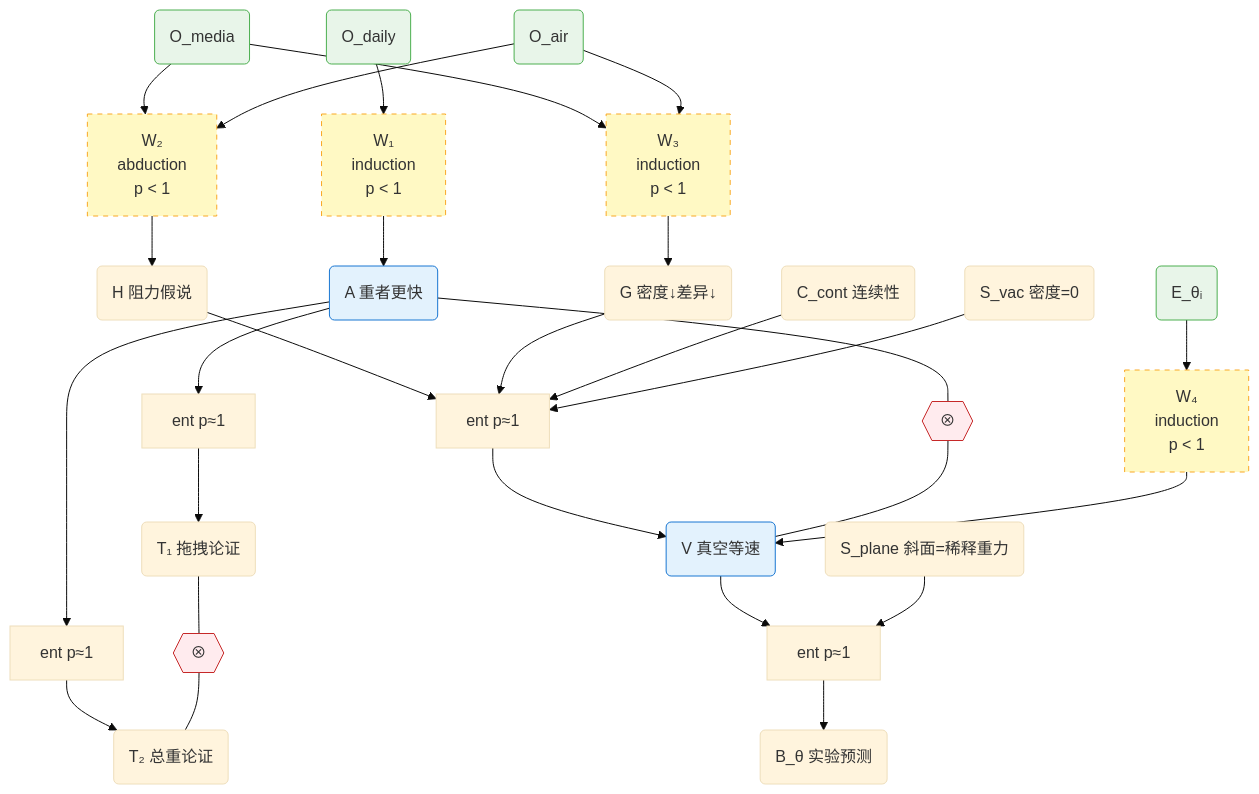
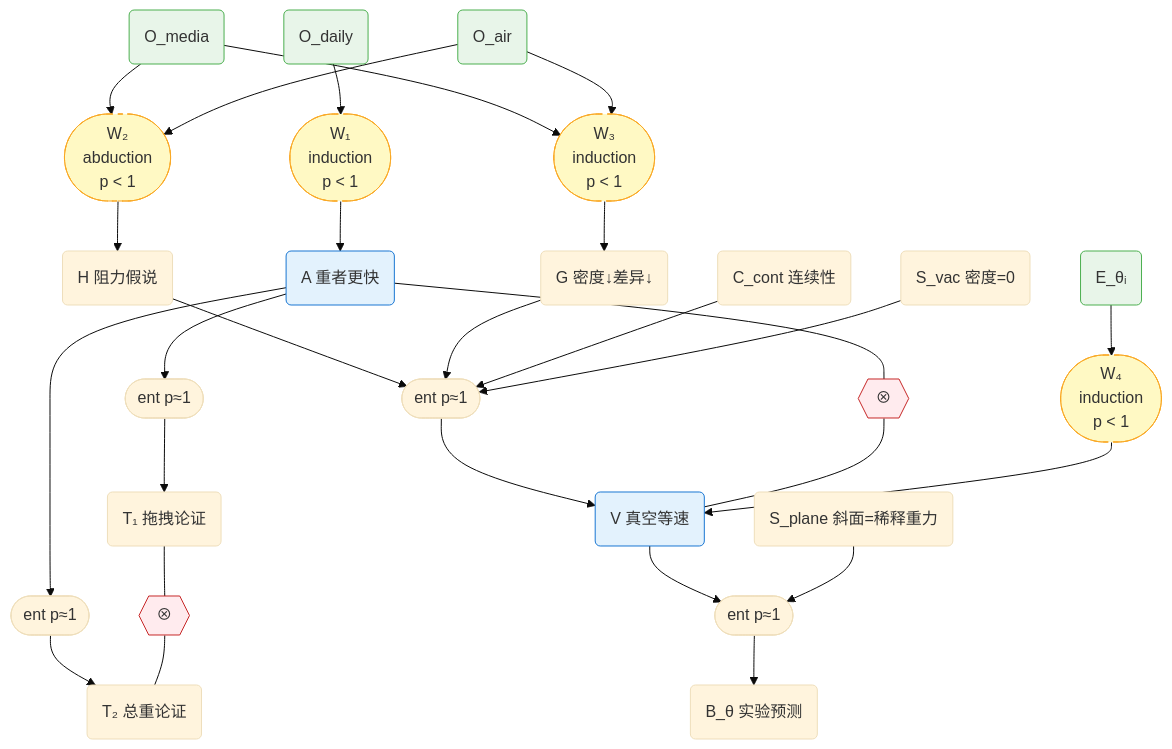
The fourth of 10 diagrams in docs/foundations/theory/science-formalization.md (SiliconEinstein/Gaia), drawn with Mermaid (base theme) before and after one commit. The commit also changed other lines of this file, not shown here.

First line of the commit message:
docs: unify Mermaid shape conventions — stadium factors, hexagon bindings

````diff
--- a/docs/foundations/theory/science-formalization.md
+++ b/docs/foundations/theory/science-formalization.md
@@ -243,36 +243,36 @@
 ```mermaid
 graph TD
     %% Path 1: Media → Vacuum
-    H("H 阻力假说") --> f1["ent p≈1"]
+    H("H 阻力假说") --> f1(["ent p≈1"])
     G("G 密度↓差异↓") --> f1
     Ccont("C_cont 连续性") --> f1
     Svac("S_vac 密度=0") --> f1
     f1 --> V("V 真空等速")
 
     %% Path 2: Inclined plane
-    V --> f2["ent p≈1"]
+    V --> f2(["ent p≈1"])
     Splane("S_plane 斜面=稀释重力") --> f2
     f2 --> Btheta("B_θ 实验预测")
 
     %% Logic path: Refute A
-    A("A 重者更快") --> fA1["ent p≈1"] --> T1("T₁ 拖拽论证")
-    A --> fA2["ent p≈1"] --> T2("T₂ 总重论证")
+    A("A 重者更快") --> fA1(["ent p≈1"]) --> T1("T₁ 拖拽论证")
+    A --> fA2(["ent p≈1"]) --> T2("T₂ 总重论证")
     T1 --- contra1{{"⊗"}}:::contra --- T2
 
     %% Constraint: A vs V
     A --- contra2{{"⊗"}}:::contra --- V
 
     %% Weakpoints as factor nodes (p < 1, to be decomposed)
-    Odaily("O_daily"):::obs --> w1["W₁<br/>induction<br/>p < 1"]:::weak --> A
-    Omedia("O_media"):::obs --> w2["W₂<br/>abduction<br/>p < 1"]:::weak --> H
+    Odaily("O_daily"):::obs --> w1(["W₁<br/>induction<br/>p < 1"]):::weak --> A
+    Omedia("O_media"):::obs --> w2(["W₂<br/>abduction<br/>p < 1"]):::weak --> H
     Oair("O_air"):::obs --> w2
-    Omedia --> w3["W₃<br/>induction<br/>p < 1"]:::weak --> G
+    Omedia --> w3(["W₃<br/>induction<br/>p < 1"]):::weak --> G
     Oair --> w3
-    Etheta("E_θᵢ"):::obs --> w4["W₄<br/>induction<br/>p < 1"]:::weak --> V
+    Etheta("E_θᵢ"):::obs --> w4(["W₄<br/>induction<br/>p < 1"]):::weak --> V
 
     classDef obs fill:#e8f5e9,stroke:#4caf50
     classDef concl fill:#e3f2fd,stroke:#1976d2
     classDef contra fill:#ffebee,stroke:#c62828
     classDef weak fill:#fff9c4,stroke:#f9a825,stroke-dasharray: 5 5
     class A,V concl
 ```
````
